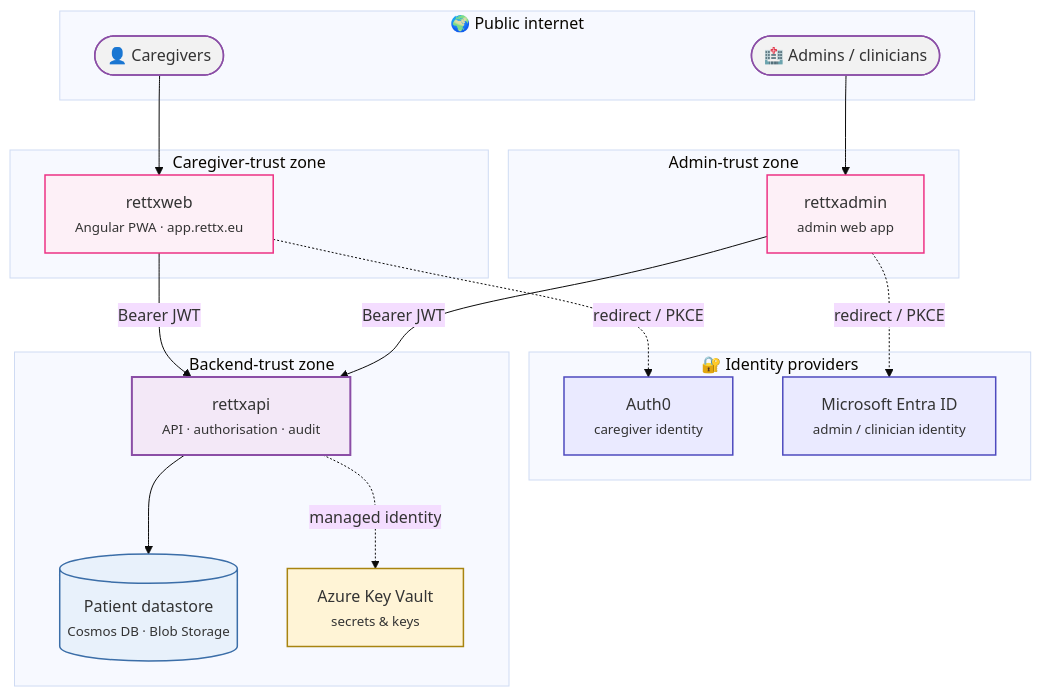
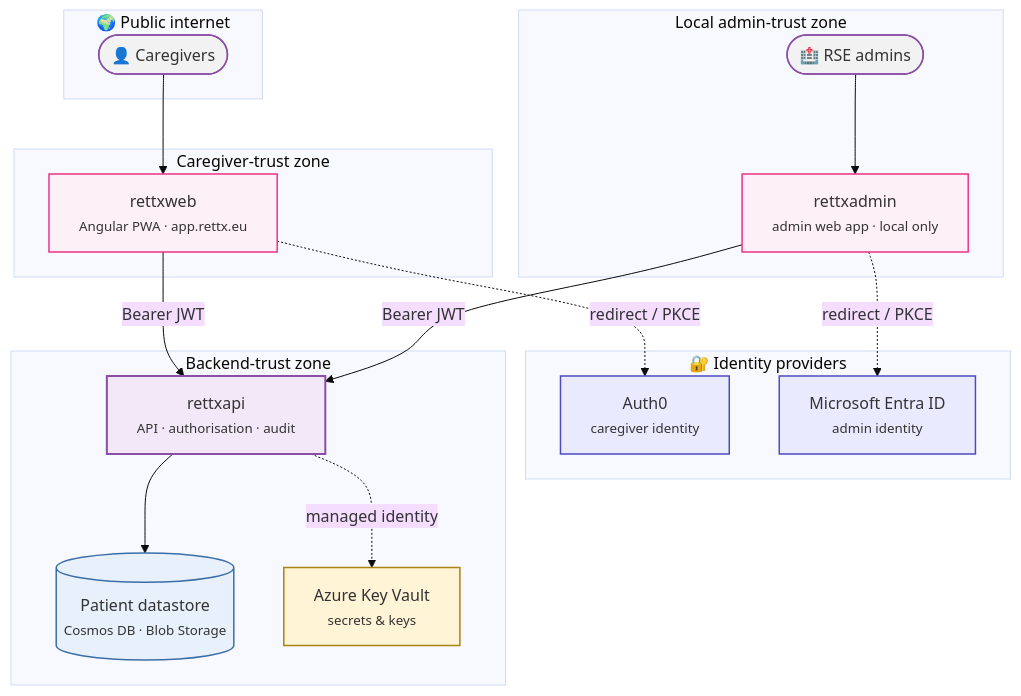
The first of 3 diagrams in site/src/content/docs/architecture/security.md (rett-europe/rettx), drawn with Mermaid (base theme) before and after one commit. The commit also changed other lines of this file and 26 other files, not shown here.

````diff
--- a/site/src/content/docs/architecture/security.md
+++ b/site/src/content/docs/architecture/security.md
@@ -29,42 +27,42 @@
 ```mermaid
 flowchart TD
     subgraph Public["🌍 Public internet"]
         Caregivers(["👤 Caregivers"]):::actor
-        Admins(["🏥 Admins / clinicians"]):::actor
     end
 
     subgraph IdP["🔐 Identity providers"]
         Auth0["Auth0<br/><small>caregiver identity</small>"]:::idp
-        Entra["Microsoft Entra ID<br/><small>admin / clinician identity</small>"]:::idp
+        Entra["Microsoft Entra ID<br/><small>admin identity</small>"]:::idp
     end
 
     subgraph Caregiver["Caregiver-trust zone"]
         rettxweb["rettxweb<br/><small>Angular PWA · app.rettx.eu</small>"]:::surface
     end
 
-    subgraph Admin["Admin-trust zone"]
-        rettxadmin["rettxadmin<br/><small>admin web app</small>"]:::surface
+    subgraph Admin["Local admin-trust zone"]
+        Admins(["🏥 RSE admins"]):::actor
+        rettxadmin["rettxadmin<br/><small>admin web app · local only</small>"]:::surface
     end
 
     subgraph Backend["Backend-trust zone"]
         rettxapi["rettxapi<br/><small>API · authorisation · audit</small>"]:::backend
         Datastore[("Patient datastore<br/><small>Cosmos DB · Blob Storage</small>")]:::data
         KV["Azure Key Vault<br/><small>secrets &amp; keys</small>"]:::vault
     end
 
     Caregivers --> rettxweb
     Admins --> rettxadmin
     rettxweb -. "redirect / PKCE" .-> Auth0
     rettxadmin -. "redirect / PKCE" .-> Entra
     rettxweb -- "Bearer JWT" --> rettxapi
     rettxadmin -- "Bearer JWT" --> rettxapi
     rettxapi --> Datastore
     rettxapi -. "managed identity" .-> KV
 
     classDef actor fill:#f2f2f2,stroke:#8b4ea6,stroke-width:1.5px,color:#333
     classDef surface fill:#fdf0f7,stroke:#ed3385,stroke-width:1.5px,color:#333
     classDef backend fill:#f3e8f7,stroke:#8b4ea6,stroke-width:2px,color:#333
     classDef data fill:#e8f1fb,stroke:#3b6ea8,stroke-width:1.5px,color:#333
     classDef vault fill:#fff4d6,stroke:#a88410,stroke-width:1.5px,color:#333
     classDef idp fill:#eaeaff,stroke:#4e4bbf,stroke-width:1.5px,color:#333
 ```
````
